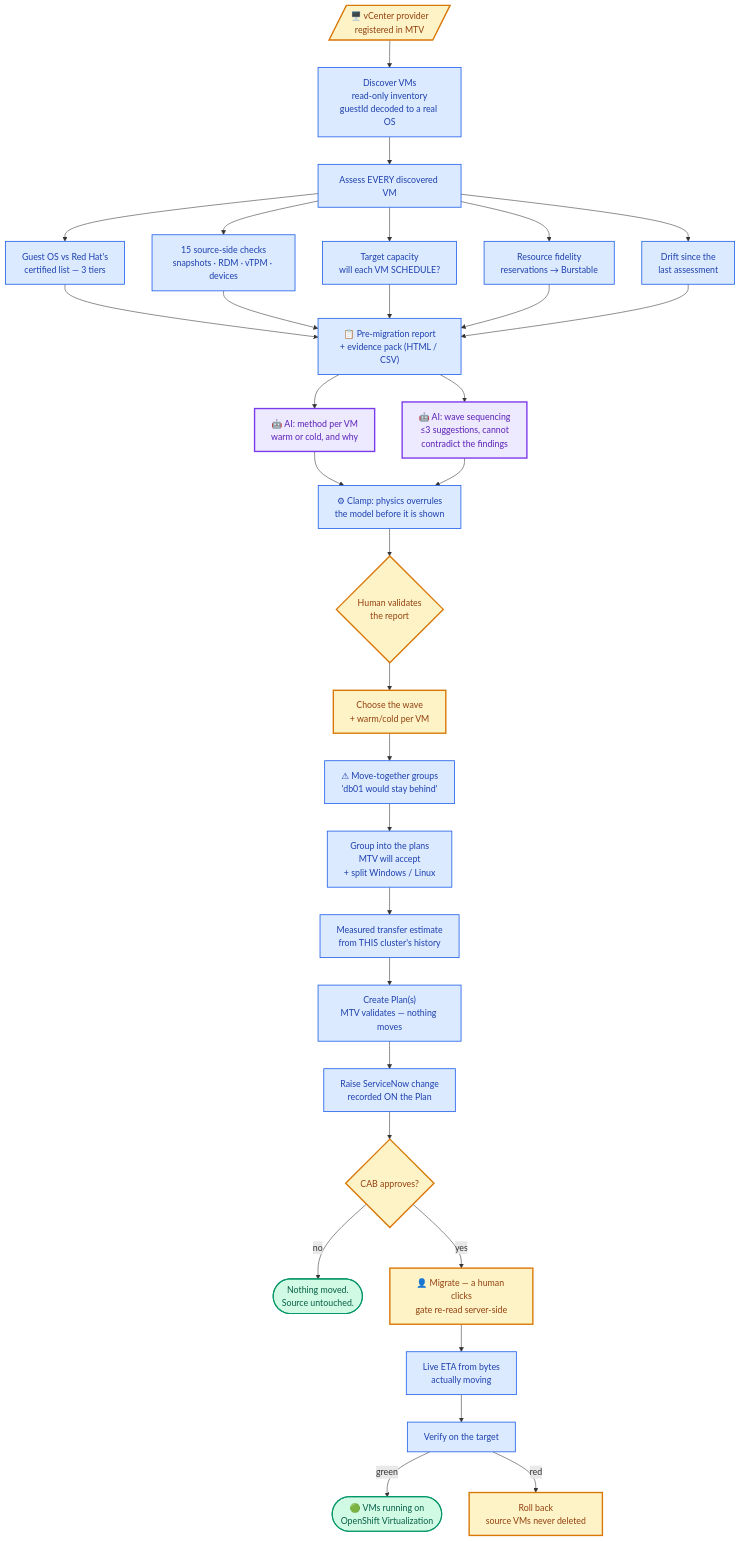
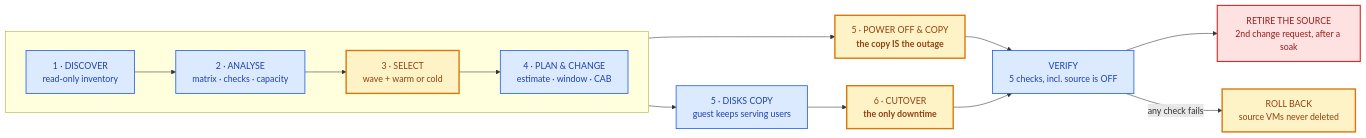
Before and after one commit to cskaruppu/Openshift-mcp-server: the first of 2 diagrams in usecases/uc-10-vm-migration/use-case.md, drawn with Mermaid. The commit also changed other lines of this file and 7 other files, not shown here.

````diff
--- a/usecases/uc-10-vm-migration/use-case.md
+++ b/usecases/uc-10-vm-migration/use-case.md
@@ -38,41 +60,22 @@
 ```mermaid
-flowchart TD
-    A[/"🖥️ vCenter provider<br>registered in MTV"/]:::manual
-    A --> B["Discover VMs<br>read-only inventory<br>guestId decoded to a real OS"]:::auto
-    B --> C["Assess EVERY discovered VM"]:::auto
+flowchart LR
+    subgraph BOTH[" "]
+      direction LR
+      S1["1 · DISCOVER<br>read-only inventory"]:::auto
+      S2["2 · ANALYSE<br>matrix · checks · capacity"]:::auto
+      S3["3 · SELECT<br>wave + warm or cold"]:::manual
+      S4["4 · PLAN & CHANGE<br>estimate · window · CAB"]:::auto
+      S1 --> S2 --> S3 --> S4
+    end
+    S4 --> COLD["5 · POWER OFF & COPY<br><b>the copy IS the outage</b>"]:::manual
+    S4 --> WARM["5 · DISKS COPY<br>guest keeps serving users"]:::auto
+    WARM --> CUT["6 · CUTOVER<br><b>the only downtime</b>"]:::manual
+    COLD --> V["VERIFY<br>5 checks, incl. source is OFF"]:::auto
+    CUT --> V
+    V --> RET["RETIRE THE SOURCE<br>2nd change request, after a soak"]:::crit
+    V -- "any check fails" --> RB["ROLL BACK<br>source VMs never deleted"]:::manual
 
-    C --> D1["Guest OS vs Red Hat's<br>certified list — 3 tiers"]:::auto
-    C --> D2["15 source-side checks<br>snapshots · RDM · vTPM · devices"]:::auto
-    C --> D3["Target capacity<br>will each VM SCHEDULE?"]:::auto
-    C --> D4["Resource fidelity<br>reservations → Burstable"]:::auto
-    C --> D5["Drift since the<br>last assessment"]:::auto
-
-    D1 --> E["📋 Pre-migration report<br>+ evidence pack (HTML / CSV)"]:::auto
-    D2 --> E
-    D3 --> E
-    D4 --> E
-    D5 --> E
-    E --> F["🤖 AI: method per VM<br>warm or cold, and why"]:::ai
-    E --> F2["🤖 AI: wave sequencing<br>≤3 suggestions, cannot<br>contradict the findings"]:::ai
-    F --> CL["⚙ Clamp: physics overrules<br>the model before it is shown"]:::auto
-    F2 --> CL
-    CL --> G{"Human validates<br>the report"}:::manual
-    G --> H["Choose the wave<br>+ warm/cold per VM"]:::manual
-    H --> I["⚠ Move-together groups<br>'db01 would stay behind'"]:::auto
-    I --> J["Group into the plans<br>MTV will accept<br>+ split Windows / Linux"]:::auto
-    J --> K["Measured transfer estimate<br>from THIS cluster's history"]:::auto
-    K --> L["Create Plan(s)<br>MTV validates — nothing moves"]:::auto
-    L --> M["Raise ServiceNow change<br>recorded ON the Plan"]:::auto
-    M --> N{"CAB approves?"}:::manual
-    N -- no --> Z(["Nothing moved.<br>Source untouched."]):::done
-    N -- yes --> O["👤 Migrate — a human clicks<br>gate re-read server-side"]:::manual
-    O --> P["Live ETA from bytes<br>actually moving"]:::auto
-    P --> Q["Verify on the target"]:::auto
-    Q -- green --> R(["🟢 VMs running on<br>OpenShift Virtualization"]):::done
-    Q -- red --> S["Roll back<br>source VMs never deleted"]:::manual
-
-    classDef ai fill:#ede9fe,stroke:#7c3aed,stroke-width:2.5px,color:#5b21b6
     classDef auto fill:#dbeafe,stroke:#2563eb,stroke-width:1.5px,color:#1e40af
     classDef manual fill:#fef3c7,stroke:#d97706,stroke-width:2.5px,color:#92400e
-    classDef done fill:#d1fae5,stroke:#059669,stroke-width:2px,color:#065f46
+    classDef crit fill:#fee2e2,stroke:#dc2626,stroke-width:2px,color:#991b1b
 ```
````
